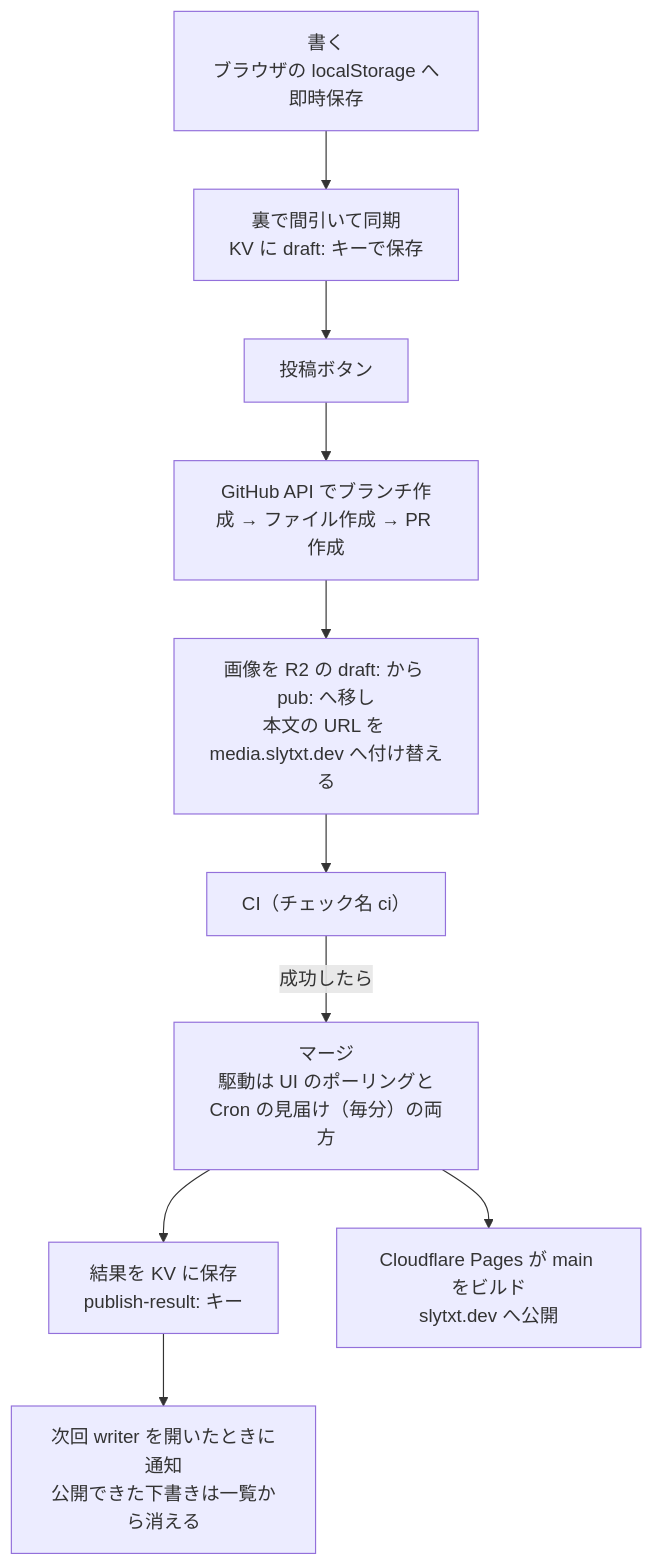
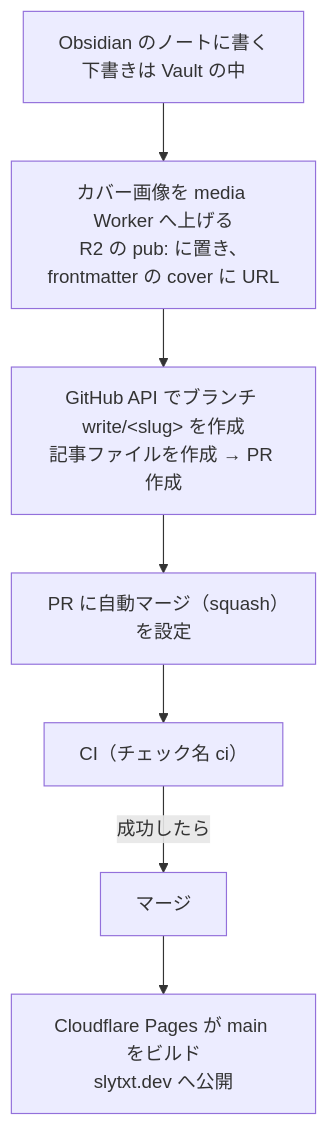
One commit to sayuyuyuyu/slytxt-lab changed the diagram in docs/diagrams/publish-flow.mmd. Above: the diagram before and after it, drawn with Mermaid. The commit also changed 56 other files, not shown here.

First line of the commit message:
chore: writer（write.slytxt.dev）を撤去する (#893) (#894)

```diff
--- a/docs/diagrams/publish-flow.mmd
+++ b/docs/diagrams/publish-flow.mmd
@@ -1,16 +1,12 @@
 flowchart TD
-  write["書く<br/>ブラウザの localStorage へ即時保存"]
-  sync["裏で間引いて同期<br/>KV に draft: キーで保存"]
-  post["投稿ボタン"]
-  branch["GitHub API でブランチ作成 → ファイル作成 → PR 作成"]
-  mediaMove["画像を R2 の draft: から pub: へ移し<br/>本文の URL を media.slytxt.dev へ付け替える"]
+  write["Obsidian のノートに書く<br/>下書きは Vault の中"]
+  cover["カバー画像を media Worker へ上げる<br/>R2 の pub: に置き、frontmatter の cover に URL"]
+  branch["GitHub API でブランチ write/&lt;slug&gt; を作成<br/>記事ファイルを作成 → PR 作成"]
+  automerge["PR に自動マージ（squash）を設定"]
   ci["CI（チェック名 ci）"]
-  merge["マージ<br/>駆動は UI のポーリングと<br/>Cron の見届け（毎分）の両方"]
-  result["結果を KV に保存<br/>publish-result: キー"]
-  notify["次回 writer を開いたときに通知<br/>公開できた下書きは一覧から消える"]
+  merge["マージ"]
   deploy["Cloudflare Pages が main をビルド<br/>slytxt.dev へ公開"]
 
-  write --> sync --> post --> branch --> mediaMove --> ci
+  write --> cover --> branch --> automerge --> ci
   ci -->|成功したら| merge
-  merge --> result --> notify
   merge --> deploy
```
